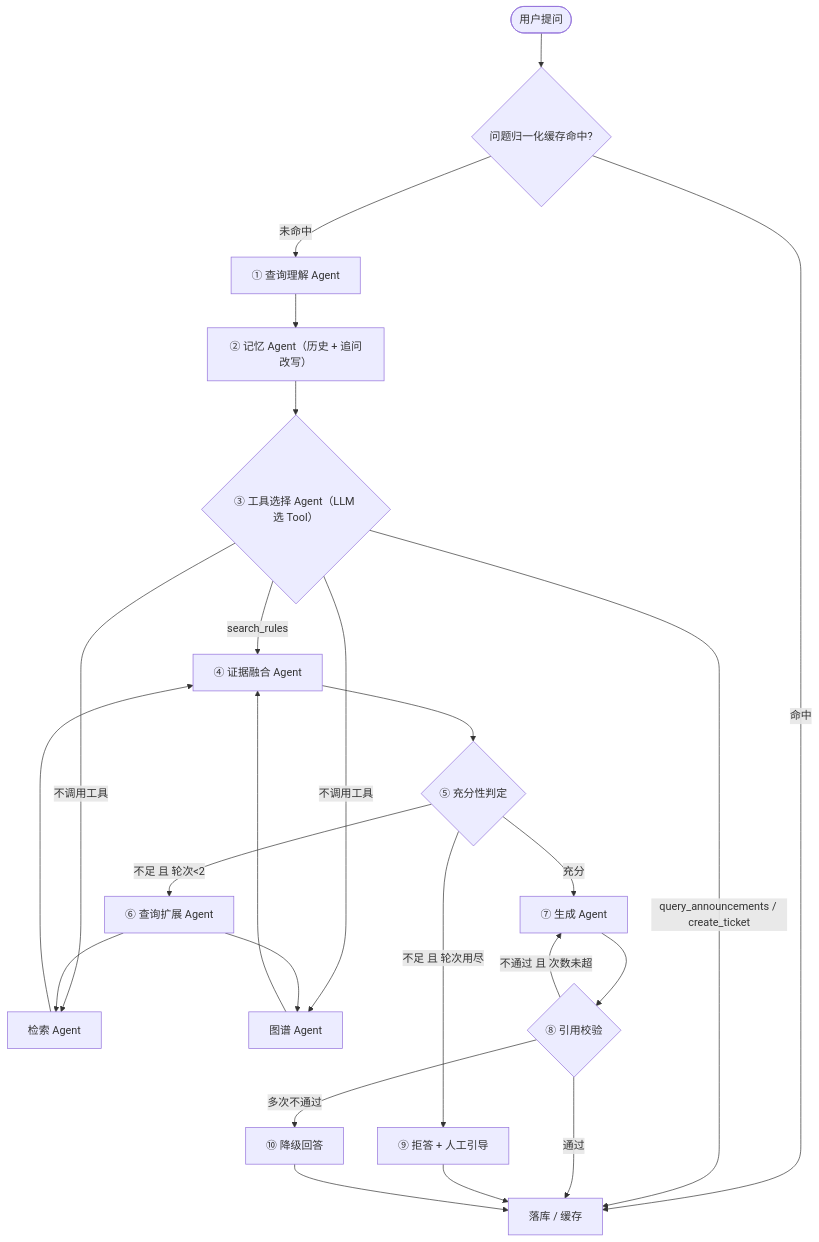
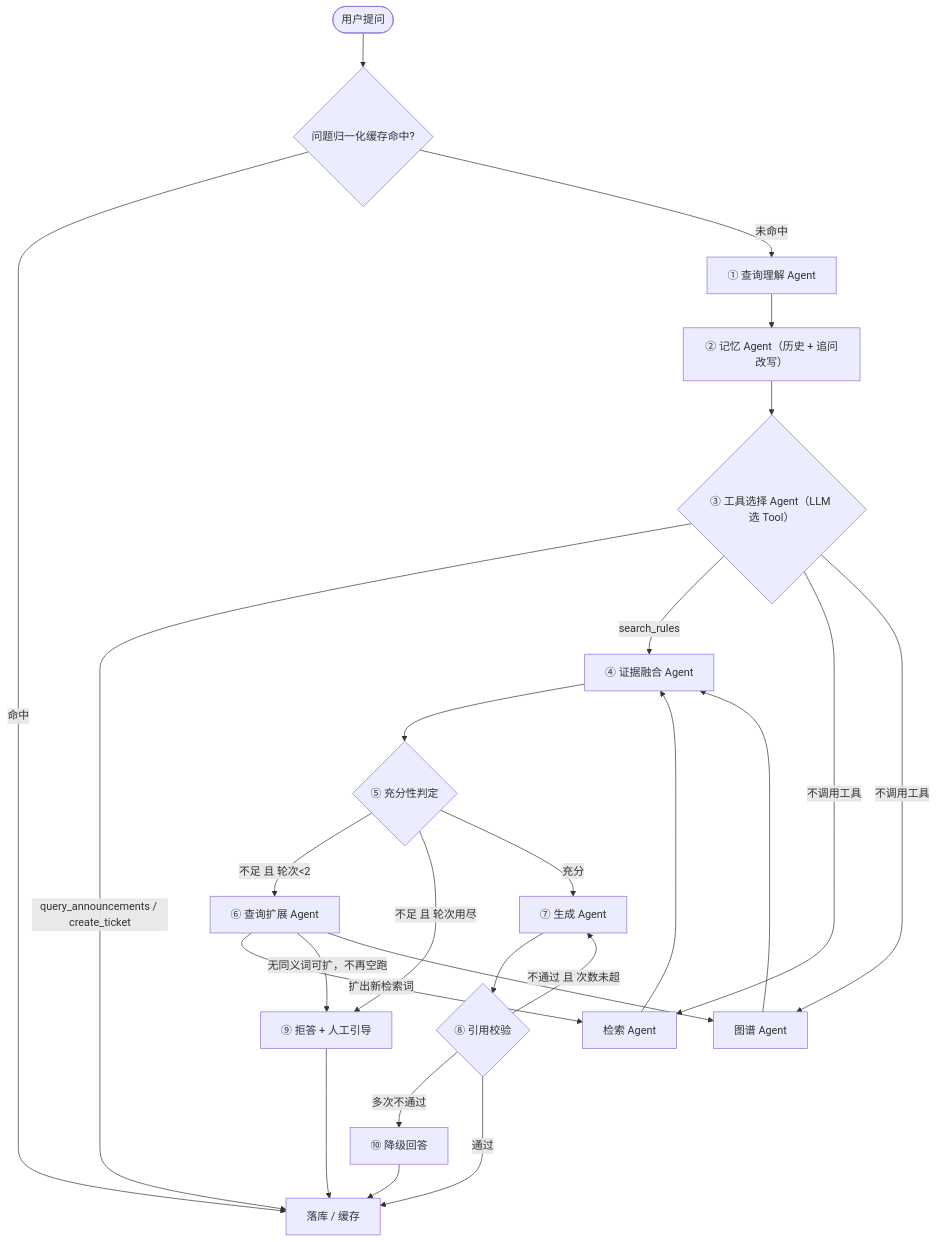
One commit to xc-0525/school-rules-rag-platform changed the diagram in docs/architecture-v2.md. Above: the diagram before and after it, drawn with Mermaid. The commit also changed other lines of this file and 2 other files, not shown here.

````diff
--- a/docs/architecture-v2.md
+++ b/docs/architecture-v2.md
@@ -60,26 +60,27 @@
 ```mermaid
 flowchart TD
     A([用户提问]) --> B{问题归一化缓存命中?}
     B -->|命中| P[落库 / 缓存]
     B -->|未命中| C[① 查询理解 Agent]
     C --> M[② 记忆 Agent（历史 + 追问改写）]
     M --> T{③ 工具选择 Agent（LLM 选 Tool）}
     T -->|query_announcements / create_ticket| P
     T -->|search_rules| E[④ 证据融合 Agent]
     T -->|不调用工具| D1[检索 Agent]
     T -->|不调用工具| D2[图谱 Agent]
     D1 --> E
     D2 --> E
     E --> F{⑤ 充分性判定}
     F -->|不足 且 轮次<2| G[⑥ 查询扩展 Agent]
-    G --> D1
+    G -->|扩出新检索词| D1
+    G -->|无同义词可扩，不再空跑| H
     G --> D2
     F -->|不足 且 轮次用尽| H[⑨ 拒答 + 人工引导]
     F -->|充分| I[⑦ 生成 Agent]
     I --> J{⑧ 引用校验}
     J -->|不通过 且 次数未超| I
     J -->|多次不通过| K[⑩ 降级回答]
     J -->|通过| P
     H --> P
     K --> P
 ```
````
